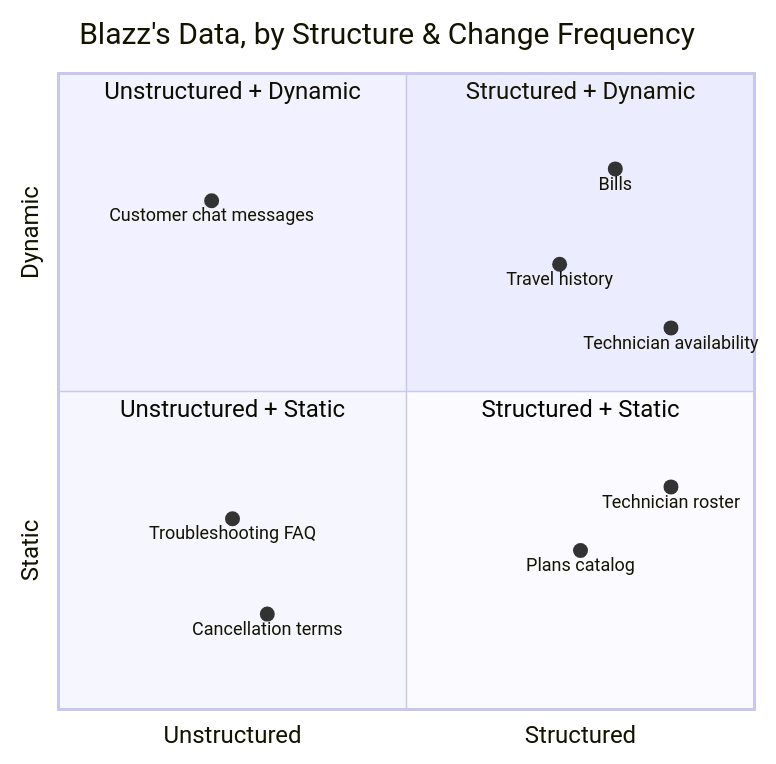
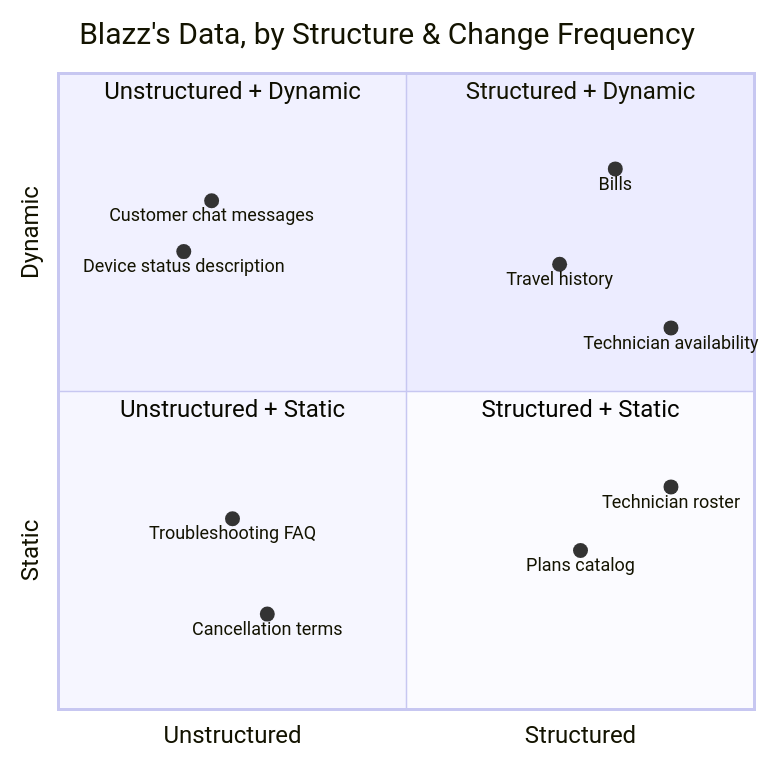
Before and after one commit to Vizino-AI/telecom-cs-agent-workshop: the diagram in data-crash-course.md, drawn with Mermaid. The commit also changed other lines of this file and 14 other files, not shown here.

````diff
--- a/data-crash-course.md
+++ b/data-crash-course.md
@@ -69,18 +69,19 @@
 ```mermaid
 quadrantChart
     title Blazz's Data, by Structure & Change Frequency
     x-axis Unstructured --> Structured
     y-axis Static --> Dynamic
     quadrant-1 Structured + Dynamic
     quadrant-2 Unstructured + Dynamic
     quadrant-3 Unstructured + Static
     quadrant-4 Structured + Static
     Bills: [0.8, 0.85]
     Travel history: [0.72, 0.7]
     Technician availability: [0.88, 0.6]
     Customer chat messages: [0.22, 0.8]
+    Device status description: [0.18, 0.72]
     Troubleshooting FAQ: [0.25, 0.3]
     Cancellation terms: [0.3, 0.15]
     Plans catalog: [0.75, 0.25]
     Technician roster: [0.88, 0.35]
 ```
````
